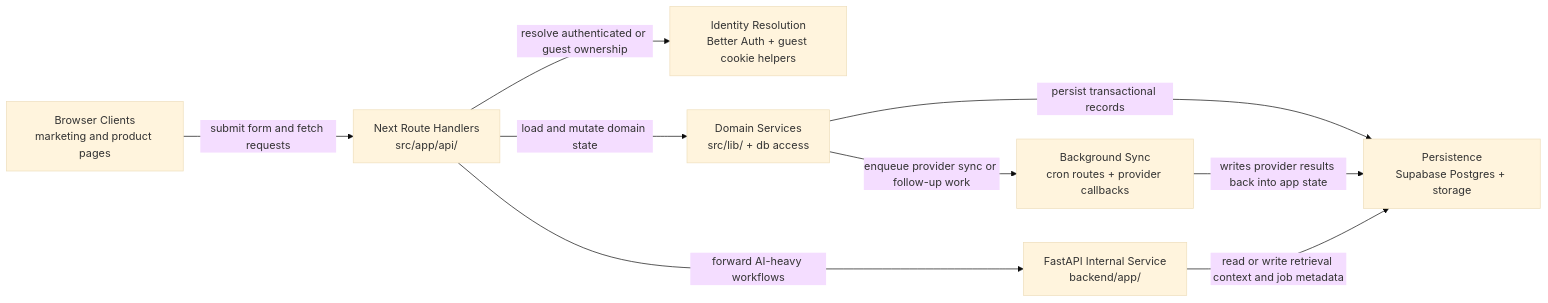
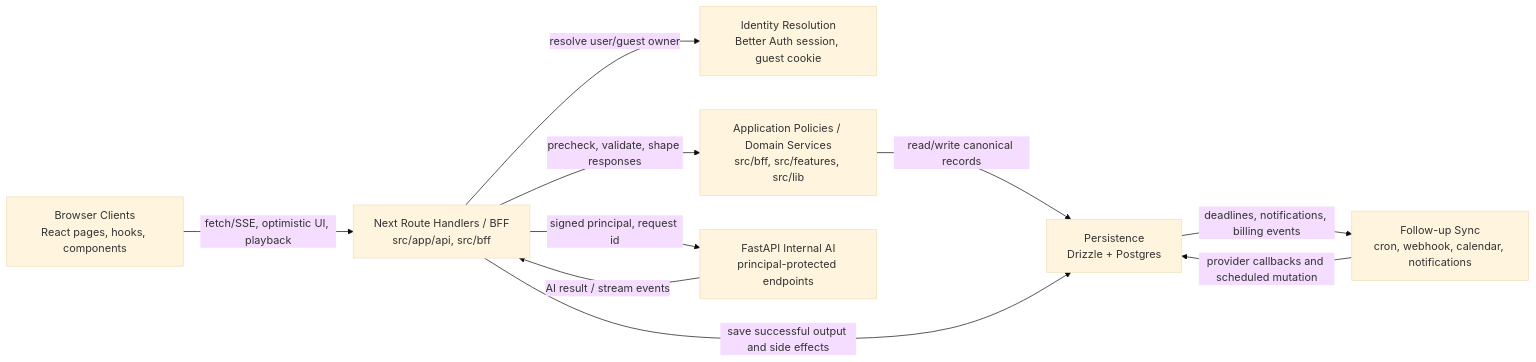
The diagram in .omm/request-lifecycle/diagram.mmd (saoki0913/career_compass), drawn with Mermaid (base theme) before and after one commit. The commit also changed 466 other files, not shown here.

```diff
--- a/.omm/request-lifecycle/diagram.mmd
+++ b/.omm/request-lifecycle/diagram.mmd
@@ -1,17 +1,18 @@
 graph LR
-    browser-clients["Browser Clients\nmarketing and product pages"]
-    next-route-handlers["Next Route Handlers\nsrc/app/api/"]
-    identity-resolution["Identity Resolution\nBetter Auth + guest cookie helpers"]
-    domain-services["Domain Services\nsrc/lib/ + db access"]
-    fastapi-internal["FastAPI Internal Service\nbackend/app/"]
-    persistence["Persistence\nSupabase Postgres + storage"]
-    background-sync["Background Sync\ncron routes + provider callbacks"]
+    browser-clients["Browser Clients\nReact pages, hooks, components"]
+    next-route-handlers["Next Route Handlers / BFF\nsrc/app/api, src/bff"]
+    identity-resolution["Identity Resolution\nBetter Auth session, guest cookie"]
+    domain-services["Application Policies / Domain Services\nsrc/bff, src/features, src/lib"]
+    persistence["Persistence\nDrizzle + Postgres"]
+    fastapi-internal["FastAPI Internal AI\nprincipal-protected endpoints"]
+    background-sync["Follow-up Sync\ncron, webhook, calendar, notifications"]
 
-    browser-clients -->|"submit form and fetch requests"| next-route-handlers
-    next-route-handlers -->|"resolve authenticated or guest ownership"| identity-resolution
-    next-route-handlers -->|"load and mutate domain state"| domain-services
-    domain-services -->|"persist transactional records"| persistence
-    next-route-handlers -->|"forward AI-heavy workflows"| fastapi-internal
-    fastapi-internal -->|"read or write retrieval context and job metadata"| persistence
-    domain-services -->|"enqueue provider sync or follow-up work"| background-sync
-    background-sync -->|"writes provider results back into app state"| persistence
+    browser-clients -->|fetch/SSE, optimistic UI, playback| next-route-handlers
+    next-route-handlers -->|resolve user/guest owner| identity-resolution
+    next-route-handlers -->|precheck, validate, shape responses| domain-services
+    domain-services -->|read/write canonical records| persistence
+    next-route-handlers -->|signed principal, request id| fastapi-internal
+    fastapi-internal -->|AI result / stream events| next-route-handlers
+    next-route-handlers -->|save successful output and side effects| persistence
+    persistence -->|deadlines, notifications, billing events| background-sync
+    background-sync -->|provider callbacks and scheduled mutation| persistence
```
